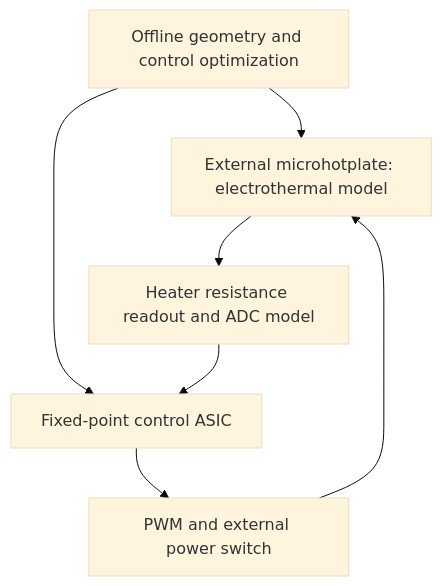
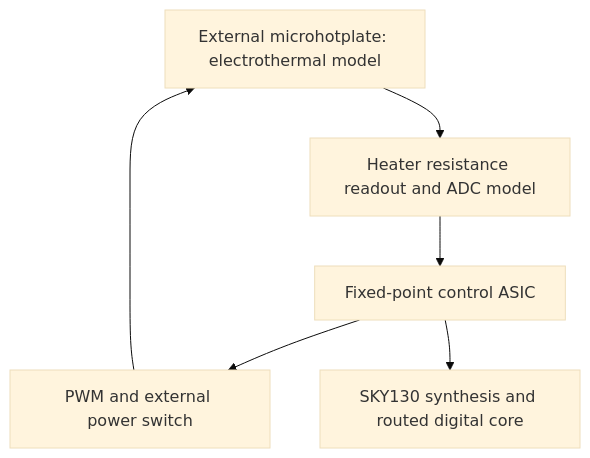
Before and after one commit to aminemons/ThermoBridge: the diagram in README.md, drawn with Mermaid (base theme). The commit also changed other lines of this file and 26 other files, not shown here.

````diff
--- a/README.md
+++ b/README.md
@@ -18,9 +27,8 @@
 ```mermaid
 flowchart TD
   A["External microhotplate: electrothermal model"] --> B["Heater resistance readout and ADC model"]
   B --> C["Fixed-point control ASIC"]
   C --> D["PWM and external power switch"]
   D --> A
-  E["Offline geometry and control optimization"] --> C
-  E --> A
+  C --> E["SKY130 synthesis and routed digital core"]
 ```
````
